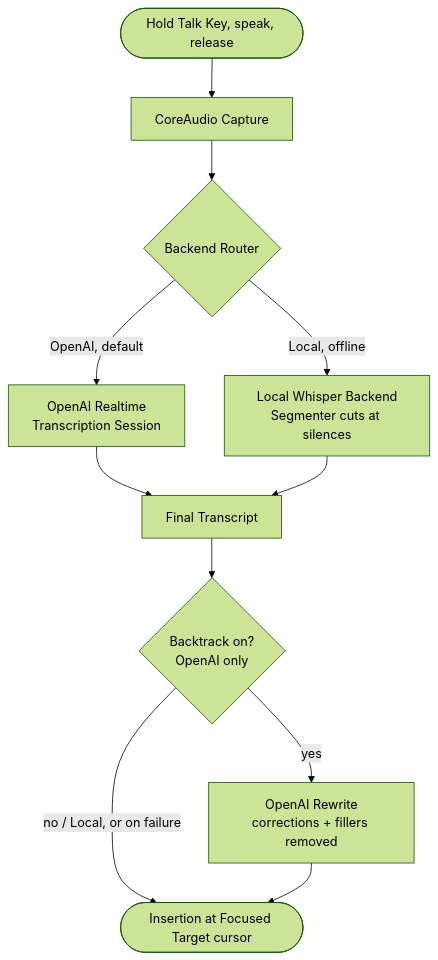
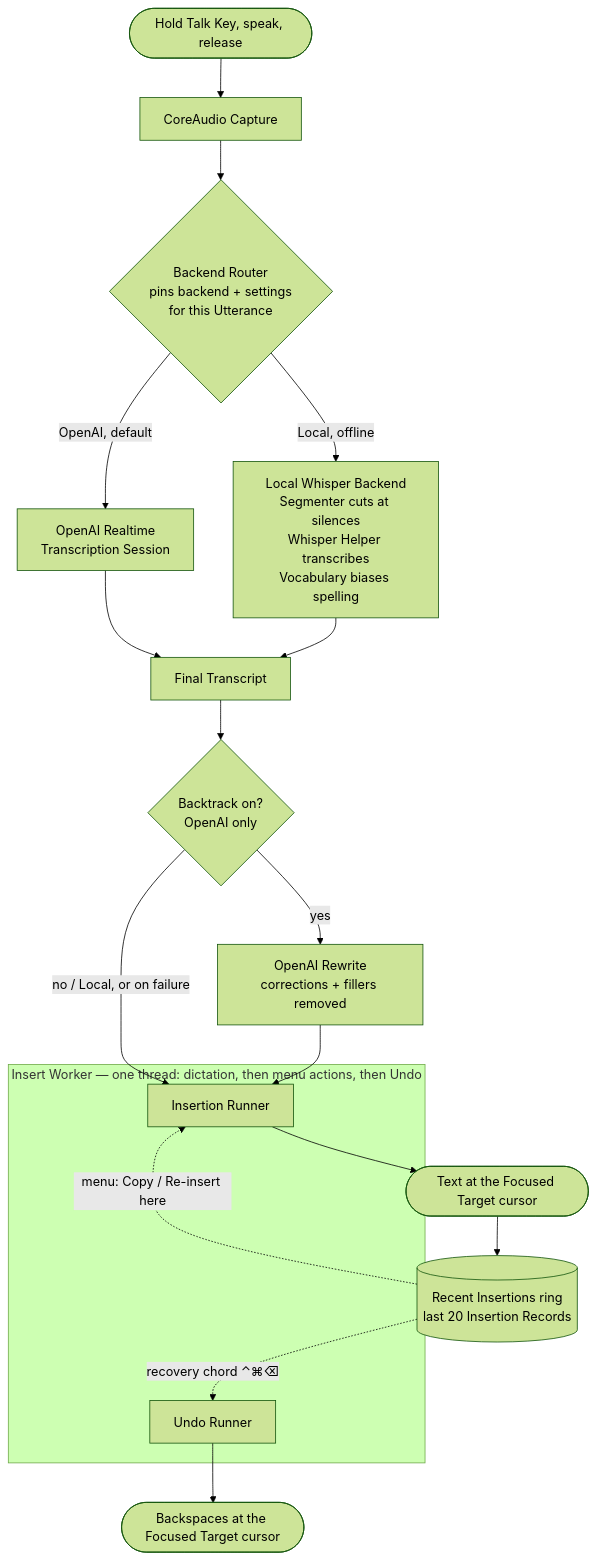
Before and after one commit to dbgeek/type-wave: the diagram in README.md, drawn with Mermaid (forest theme). The commit also changed other lines of this file, not shown here.

First line of the commit message:
docs(readme): refresh How It Works and Architecture for the cursor-path work (#243)

````diff
--- a/README.md
+++ b/README.md
@@ -26,13 +26,24 @@
 ```mermaid
 flowchart TD
     TK([Hold Talk Key, speak, release]) --> CAP[CoreAudio Capture]
-    CAP --> ROUTER{Backend Router}
+    CAP --> ROUTER{Backend Router<br/>pins backend + settings<br/>for this Utterance}
     ROUTER -->|OpenAI, default| OA[OpenAI Realtime<br/>Transcription Session]
-    ROUTER -->|Local, offline| LW[Local Whisper Backend<br/>Segmenter cuts at silences]
+    ROUTER -->|Local, offline| LW[Local Whisper Backend<br/>Segmenter cuts at silences<br/>Whisper Helper transcribes<br/>Vocabulary biases spelling]
     OA --> FT[Final Transcript]
     LW --> FT
     FT --> BT{Backtrack on?<br/>OpenAI only}
     BT -->|yes| RW[OpenAI Rewrite<br/>corrections + fillers removed]
-    BT -->|no / Local, or on failure| INS
-    RW --> INS([Insertion at Focused Target cursor])
+    BT -->|no / Local, or on failure| IR
+    RW --> IR
+
+    subgraph IW ["Insert Worker — one thread: dictation, then menu actions, then Undo"]
+        IR[Insertion Runner]
+        UR[Undo Runner]
+    end
+
+    IR --> CUR([Text at the Focused Target cursor])
+    UR --> DEL([Backspaces at the Focused Target cursor])
+    CUR --> RING[(Recent Insertions ring<br/>last 20 Insertion Records)]
+    RING -.->|menu: Copy / Re-insert here| IR
+    RING -.->|recovery chord ⌃⌘⌫| UR
 ```
````
